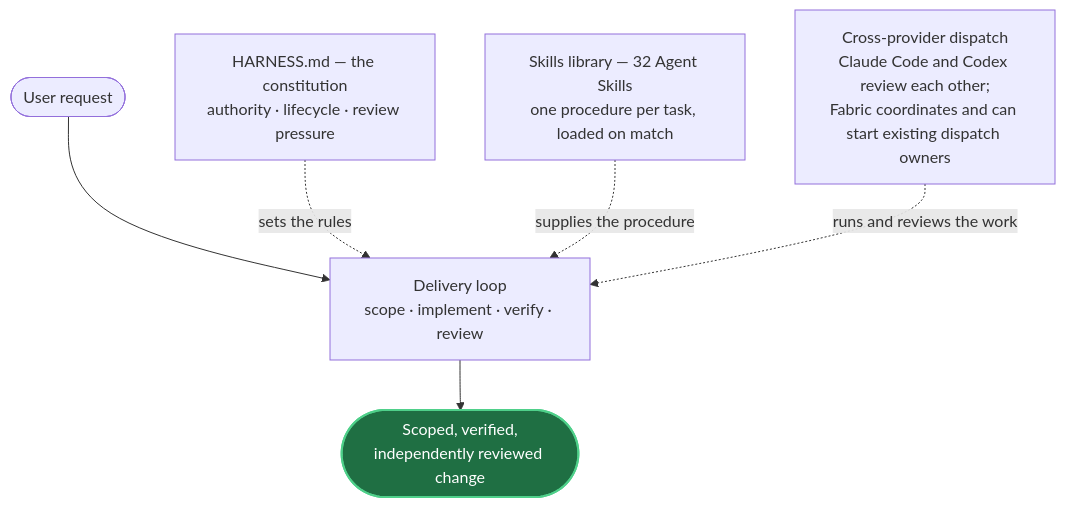
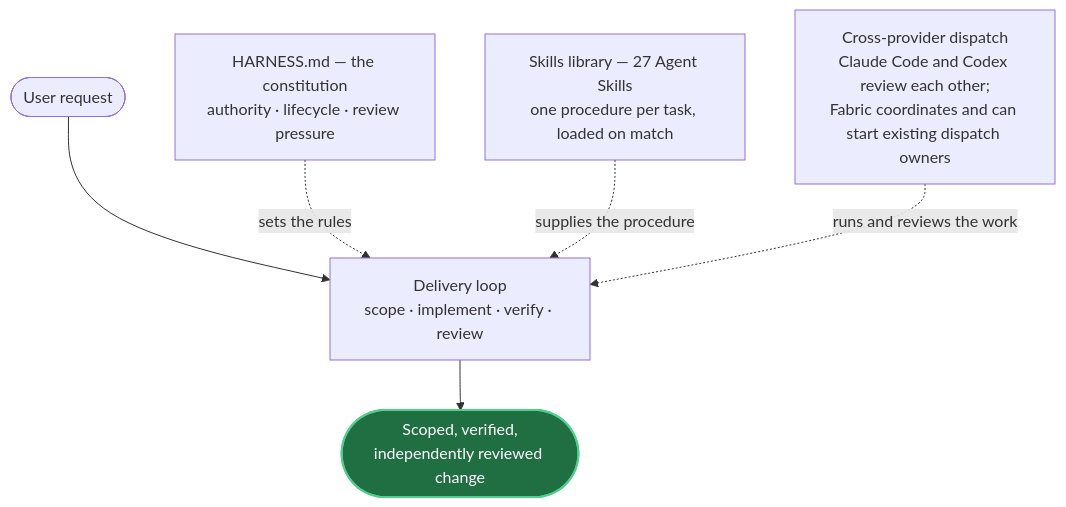
The first of 2 diagrams in README.md (mblauberg/provenant), drawn with Mermaid before and after one commit. The commit also changed other lines of this file and 110 other files, not shown here.

````diff
--- a/README.md
+++ b/README.md
@@ -37,12 +37,12 @@
 ```mermaid
 flowchart TB
     accTitle: The three parts and the delivery loop they serve
     accDescr: A user request enters the delivery loop, which runs scope, implement, verify and review, and produces a scoped, verified, independently reviewed change. Three parts act on that loop concurrently rather than in sequence. HARNESS.md, the constitution, sets the rules — authority, lifecycle and review pressure. The skills library supplies the procedure, one SKILL.md per task loaded when the task matches. Cross-provider dispatch runs and reviews the work, with Claude Code and Codex as primaries reviewing each other and Fabric providing messages, tasks, activity and a thin front door to the existing dispatch owners.
     U(["User request"]) --> LOOP["Delivery loop<br/>scope · implement · verify · review"]
     LOOP --> OUT(["Scoped, verified,<br/>independently reviewed change"])
     H["HARNESS.md — the constitution<br/>authority · lifecycle · review pressure"] -. "sets the rules" .-> LOOP
-    SK["Skills library — 32 Agent Skills<br/>one procedure per task, loaded on match"] -. "supplies the procedure" .-> LOOP
+    SK["Skills library — 27 Agent Skills<br/>one procedure per task, loaded on match"] -. "supplies the procedure" .-> LOOP
     F["Cross-provider dispatch<br/>Claude Code and Codex review each other;<br/>Fabric coordinates and can start existing dispatch owners"] -. "runs and reviews the work" .-> LOOP
     classDef out fill:#1f6f43,stroke:#4fd08a,color:#ffffff,stroke-width:2px
     class OUT out
 ```
````
